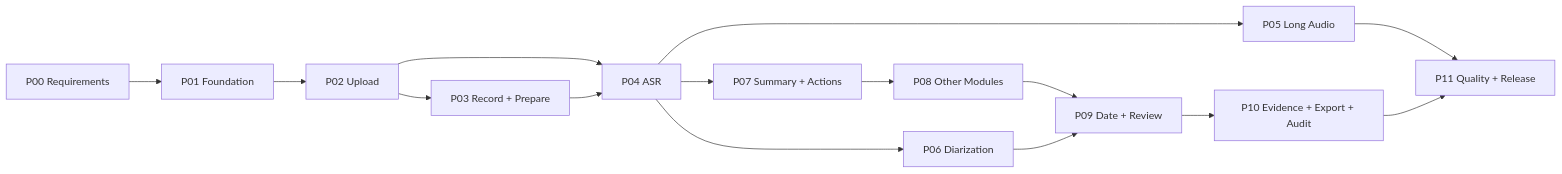
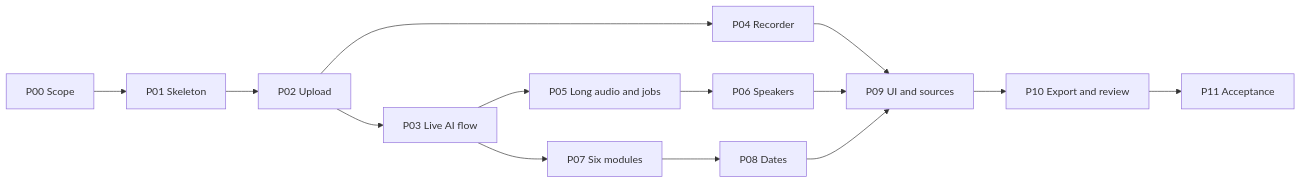
The diagram in docs/implementation-roadmap.md (vietquang8071/se2026-t15), drawn with Mermaid before and after one commit. The commit also changed other lines of this file, not shown here.

Commit message:
docs: align implementation phases with project scope

````diff
--- a/docs/implementation-roadmap.md
+++ b/docs/implementation-roadmap.md
@@ -550,17 +242,16 @@
 ```mermaid
 flowchart LR
-    P00[P00 Requirements] --> P01[P01 Foundation]
-    P01 --> P02[P02 Upload]
-    P02 --> P03[P03 Record + Prepare]
-    P02 --> P04[P04 ASR]
-    P03 --> P04
-    P04 --> P05[P05 Long Audio]
-    P04 --> P06[P06 Diarization]
-    P04 --> P07[P07 Summary + Actions]
-    P07 --> P08[P08 Other Modules]
-    P08 --> P09[P09 Date + Review]
+    P00["P00 Scope"] --> P01["P01 Skeleton"]
+    P01 --> P02["P02 Upload"]
+    P02 --> P03["P03 Live AI flow"]
+    P02 --> P04["P04 Recorder"]
+    P03 --> P05["P05 Long audio and jobs"]
+    P05 --> P06["P06 Speakers"]
+    P03 --> P07["P07 Six modules"]
+    P07 --> P08["P08 Dates"]
+    P04 --> P09["P09 UI and sources"]
     P06 --> P09
-    P09 --> P10[P10 Evidence + Export + Audit]
-    P05 --> P11[P11 Quality + Release]
-    P10 --> P11
+    P08 --> P09
+    P09 --> P10["P10 Export and review"]
+    P10 --> P11["P11 Acceptance"]
 ```
````
